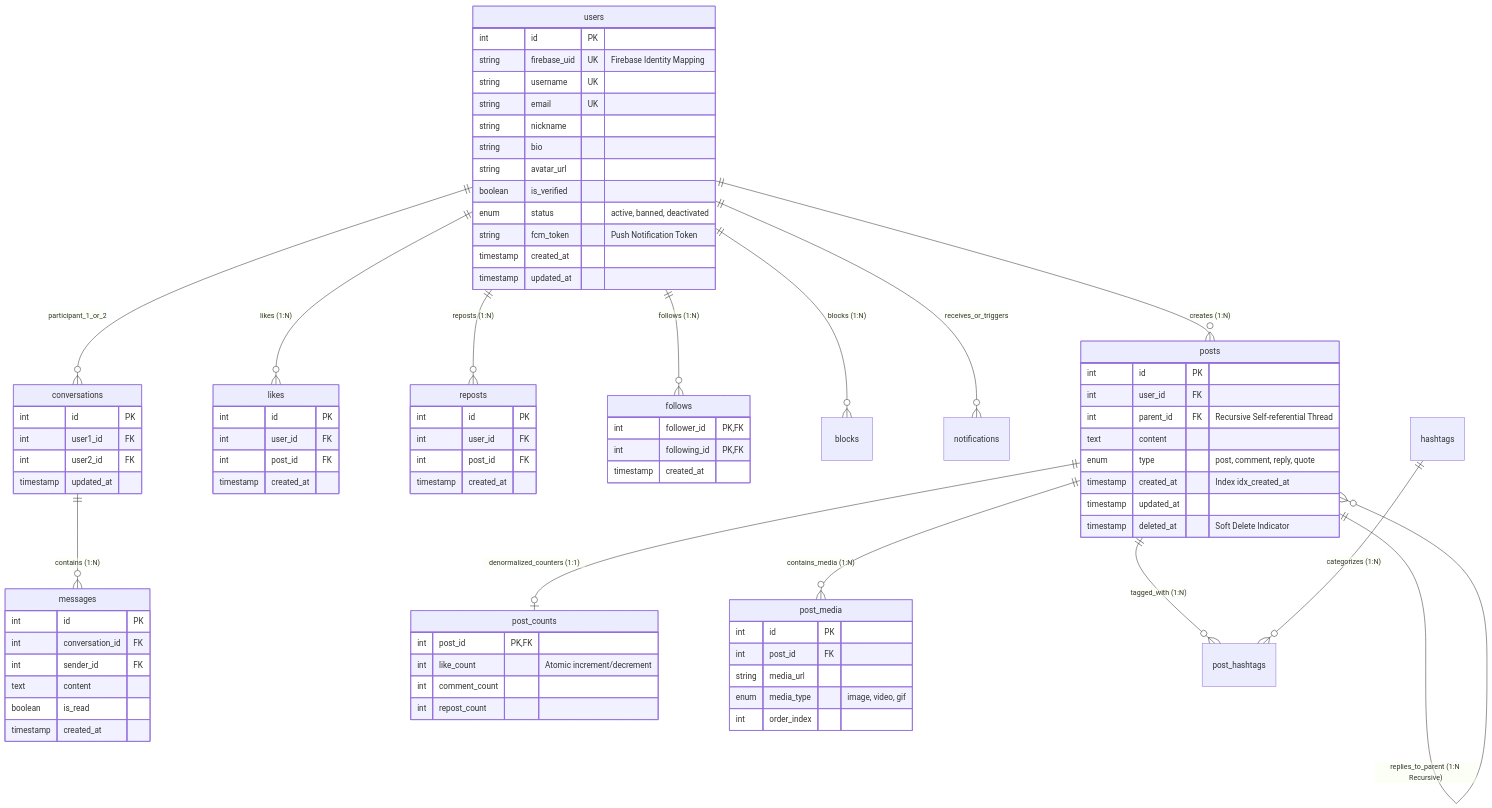
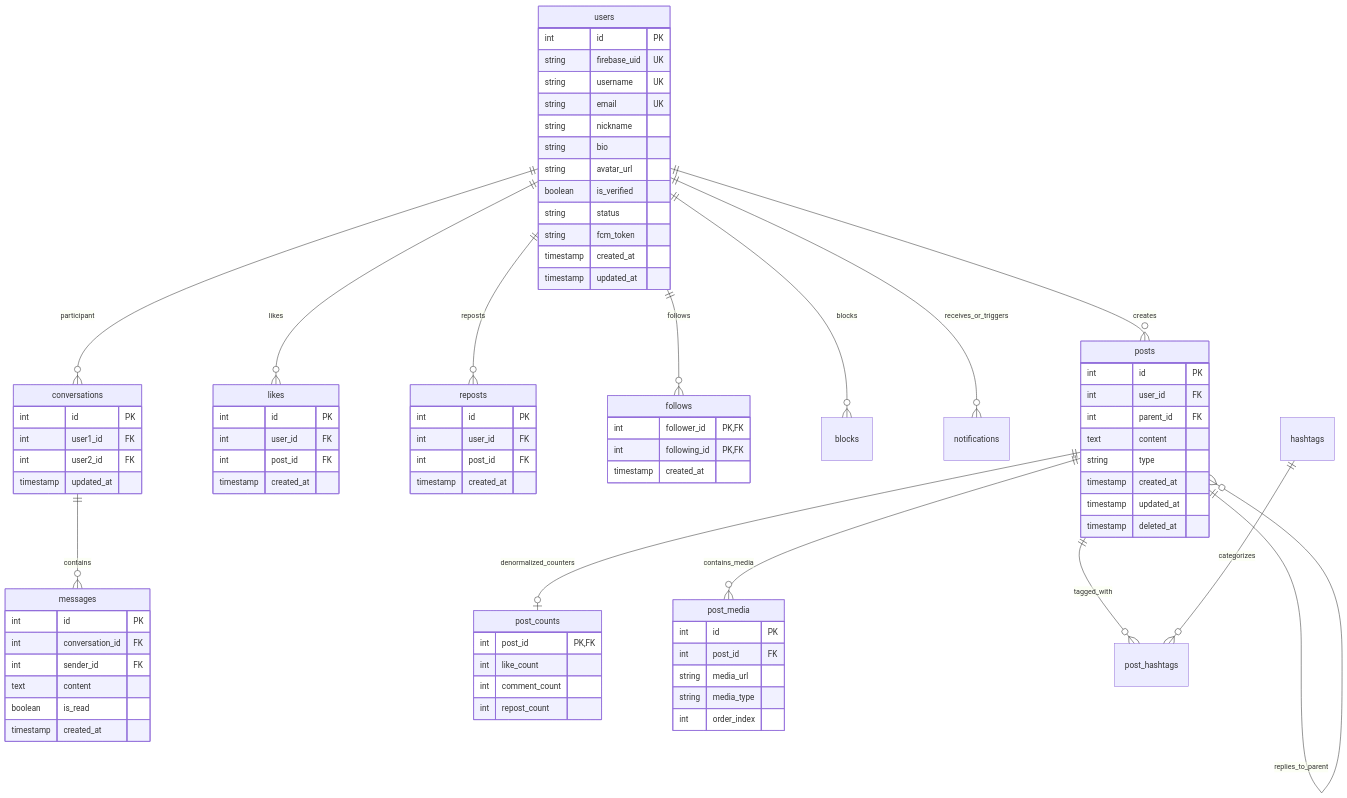
The fourth of 5 diagrams in README.en.md (aimachinius/Thread-City-), drawn with Mermaid before and after one commit. The commit also changed other lines of this file and 2 other files, not shown here.

Commit message:
fix(docs): resolve GitHub Mermaid diagram parse errors across all README files

````diff
--- a/README.en.md
+++ b/README.en.md
@@ -251,30 +267,30 @@
 ```mermaid
 erDiagram
-    users ||--o{ posts : "creates (1:N)"
-    users ||--o{ likes : "likes (1:N)"
-    users ||--o{ reposts : "reposts (1:N)"
-    users ||--o{ follows : "follows (1:N)"
-    users ||--o{ blocks : "blocks (1:N)"
+    users ||--o{ posts : "creates"
+    users ||--o{ likes : "likes"
+    users ||--o{ reposts : "reposts"
+    users ||--o{ follows : "follows"
+    users ||--o{ blocks : "blocks"
     users ||--o{ notifications : "receives_or_triggers"
-    users ||--o{ conversations : "participant_1_or_2"
-    conversations ||--o{ messages : "contains (1:N)"
-    posts ||--o{ posts : "replies_to_parent (1:N Recursive)"
-    posts ||--o| post_counts : "denormalized_counters (1:1)"
-    posts ||--o{ post_media : "contains_media (1:N)"
-    posts ||--o{ post_hashtags : "tagged_with (1:N)"
-    hashtags ||--o{ post_hashtags : "categorizes (1:N)"
+    users ||--o{ conversations : "participant"
+    conversations ||--o{ messages : "contains"
+    posts ||--o{ posts : "replies_to_parent"
+    posts ||--o| post_counts : "denormalized_counters"
+    posts ||--o{ post_media : "contains_media"
+    posts ||--o{ post_hashtags : "tagged_with"
+    hashtags ||--o{ post_hashtags : "categorizes"
 
     users {
         int id PK
-        string firebase_uid UK "Firebase Identity Mapping"
+        string firebase_uid UK
         string username UK
         string email UK
         string nickname
         string bio
         string avatar_url
         boolean is_verified
-        enum status "active, banned, deactivated"
-        string fcm_token "Push Notification Token"
+        string status
+        string fcm_token
         timestamp created_at
         timestamp updated_at
     }
@@ -282,17 +298,17 @@
     posts {
         int id PK
         int user_id FK
-        int parent_id FK "Recursive Self-referential Thread"
+        int parent_id FK
         text content
-        enum type "post, comment, reply, quote"
-        timestamp created_at "Index idx_created_at"
+        string type
+        timestamp created_at
         timestamp updated_at
-        timestamp deleted_at "Soft Delete Indicator"
+        timestamp deleted_at
     }
 
     post_counts {
         int post_id PK, FK
-        int like_count "Atomic increment/decrement"
+        int like_count
         int comment_count
         int repost_count
     }
@@ -301,7 +317,7 @@
         int id PK
         int post_id FK
         string media_url
-        enum media_type "image, video, gif"
+        string media_type
         int order_index
     }
 
````
